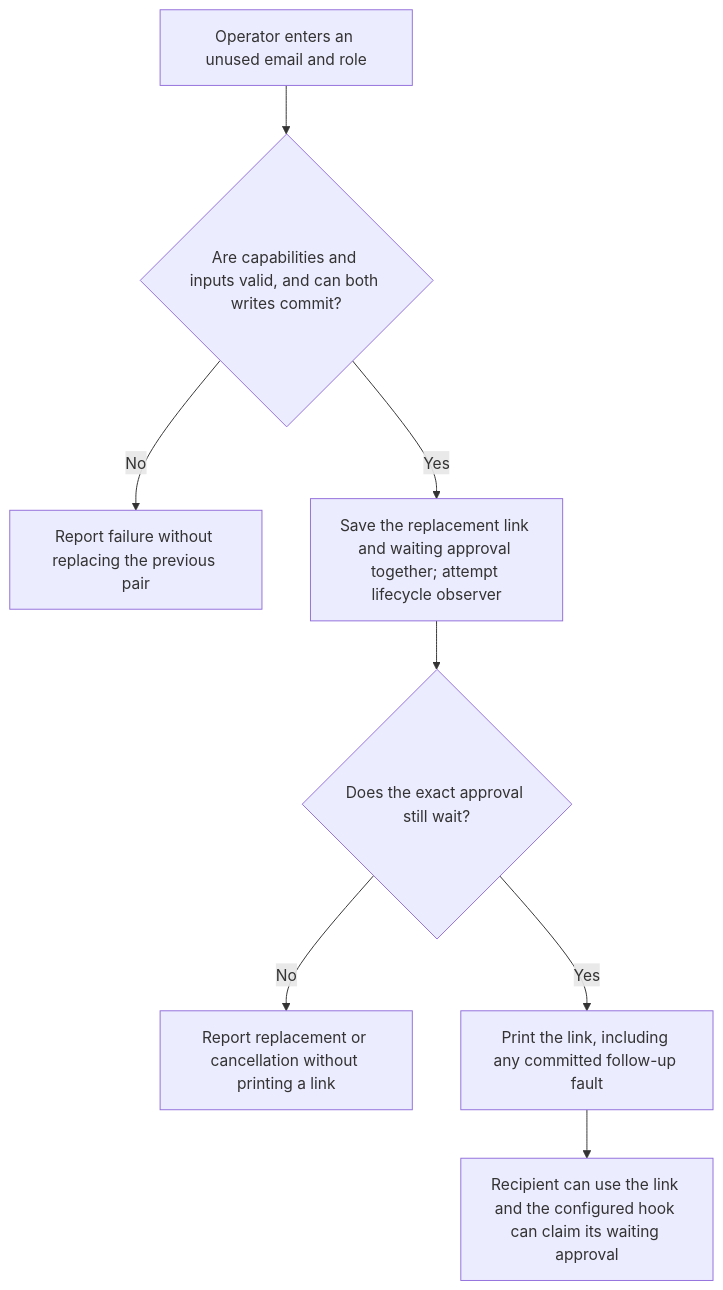
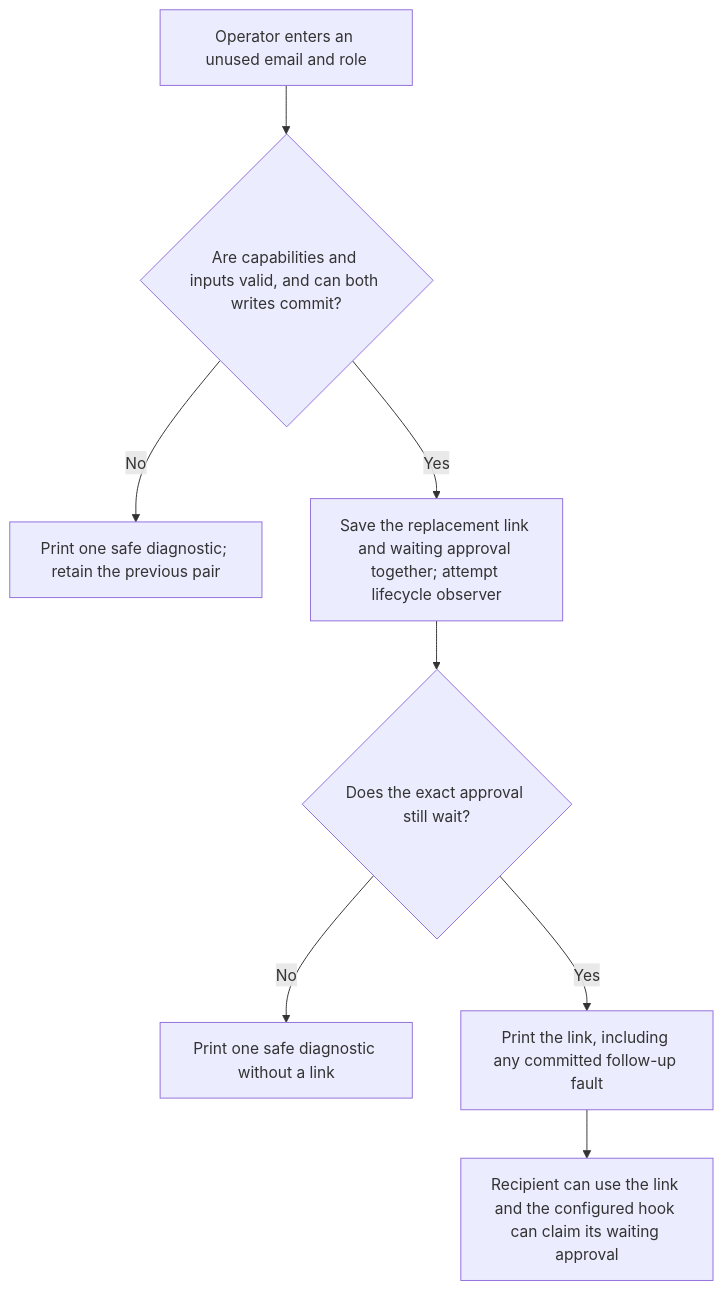
The first of 2 diagrams in user-stories/US-ACCOUNT-46-bootstrap-first-administrator.md (Kevinjohn/oss-adonisjs-account-kit), drawn with Mermaid before and after one commit. The commit also changed other lines of this file and 21 other files, not shown here.

Commit message:
Retain and safely report Ace operator failures

````diff
--- a/user-stories/US-ACCOUNT-46-bootstrap-first-administrator.md
+++ b/user-stories/US-ACCOUNT-46-bootstrap-first-administrator.md
@@ -20,10 +21,10 @@
 ```mermaid
 flowchart TD
  A["Operator enters an unused email and role"] --> B{"Are capabilities and inputs valid, and can both writes commit?"}
- B -->|No| F["Report failure without replacing the previous pair"]
+ B -->|No| F["Print one safe diagnostic; retain the previous pair"]
  B -->|Yes| G["Save the replacement link and waiting approval together; attempt lifecycle observer"]
  G --> H{"Does the exact approval still wait?"}
- H -->|No| I["Report replacement or cancellation without printing a link"]
+ H -->|No| I["Print one safe diagnostic without a link"]
  H -->|Yes| J["Print the link, including any committed follow-up fault"]
  J --> K["Recipient can use the link and the configured hook can claim its waiting approval"]
 ```
````
